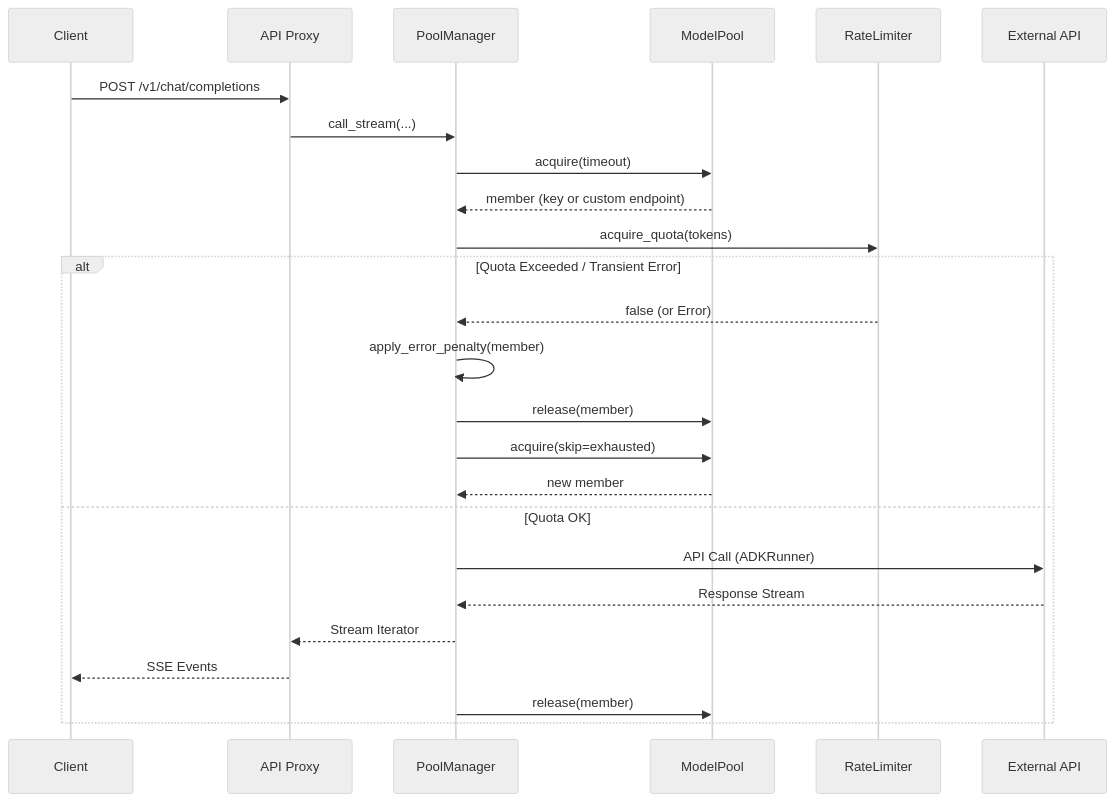
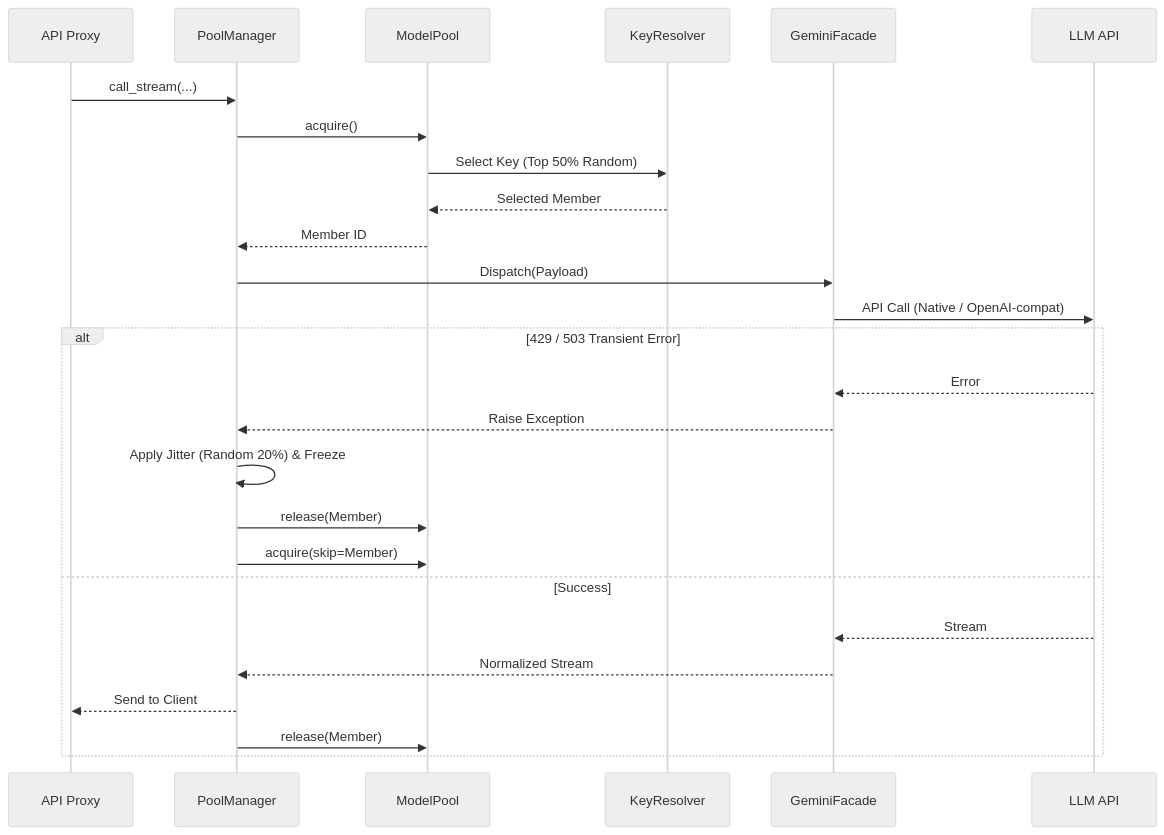
One commit to azizu1012/Router-API changed the third of 3 diagrams in docs/ARCHITECTURE_GRAPH_REPORT.md. Above: the diagram before and after it, drawn with Mermaid (neutral theme). The commit also changed other lines of this file and 7 other files, not shown here.

````diff
--- a/docs/ARCHITECTURE_GRAPH_REPORT.md
+++ b/docs/ARCHITECTURE_GRAPH_REPORT.md
@@ -51,28 +66,31 @@
 ```mermaid
 sequenceDiagram
-    participant C as Client
     participant Proxy as API Proxy
     participant PM as PoolManager
     participant MP as ModelPool
-    participant RL as RateLimiter
-    participant Ext as External API
+    participant KR as KeyResolver
+    participant Facade as GeminiFacade
+    participant Ext as LLM API
     
-    C->>Proxy: POST /v1/chat/completions
     Proxy->>PM: call_stream(...)
-    PM->>MP: acquire(timeout)
-    MP-->>PM: member (key or custom endpoint)
-    PM->>RL: acquire_quota(tokens)
-    alt Quota Exceeded / Transient Error
-        RL-->>PM: false (or Error)
-        PM->>PM: apply_error_penalty(member)
-        PM->>MP: release(member)
-        PM->>MP: acquire(skip=exhausted)
-        MP-->>PM: new member
-    else Quota OK
-        PM->>Ext: API Call (ADKRunner)
-        Ext-->>PM: Response Stream
-        PM-->>Proxy: Stream Iterator
-        Proxy-->>C: SSE Events
-        PM->>MP: release(member)
+    PM->>MP: acquire()
+    MP->>KR: Select Key (Top 50% Random)
+    KR-->>MP: Selected Member
+    MP-->>PM: Member ID
+    
+    PM->>Facade: Dispatch(Payload)
+    Facade->>Ext: API Call (Native / OpenAI-compat)
+    
+    alt 429 / 503 Transient Error
+        Ext-->>Facade: Error
+        Facade-->>PM: Raise Exception
+        PM->>PM: Apply Jitter (Random 20%) & Freeze
+        PM->>MP: release(Member)
+        PM->>MP: acquire(skip=Member)
+    else Success
+        Ext-->>Facade: Stream
+        Facade-->>PM: Normalized Stream
+        PM-->>Proxy: Send to Client
+        PM->>MP: release(Member)
     end
 ```
````
